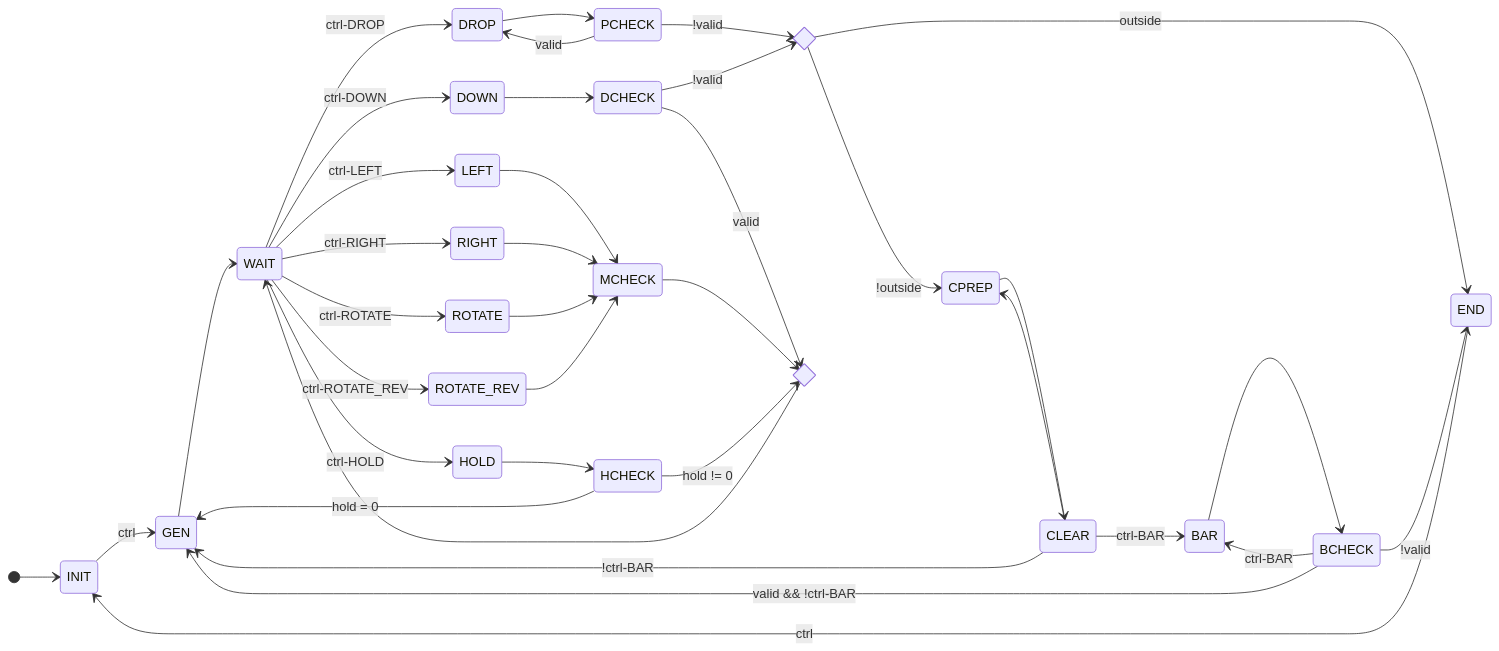
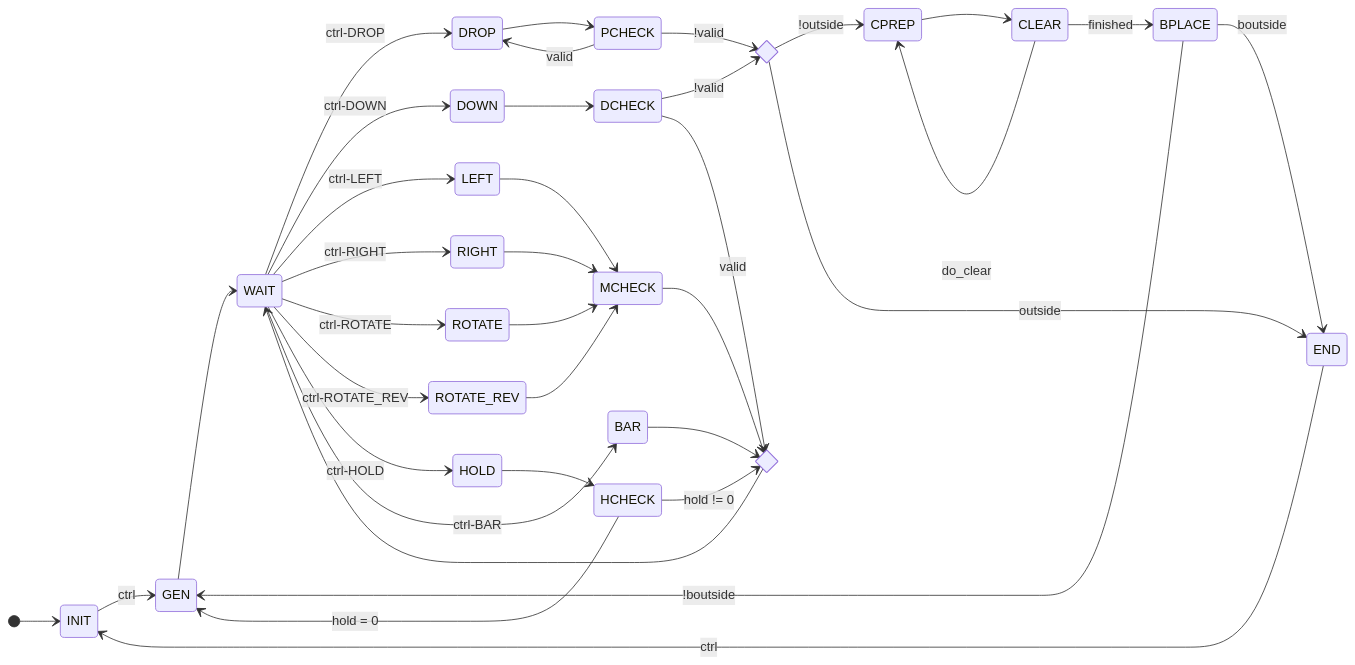
The second of 3 diagrams in README.md (nella17/NYCU-DCLab-2022-Final), drawn with Mermaid before and after one commit.

Commit message:
update state graph

````diff
--- a/README.md
+++ b/README.md
@@ -80,42 +80,41 @@
 ```mermaid
 stateDiagram-v2
 direction LR
 [*] --> INIT
 INIT --> GEN    : ctrl
 GEN --> WAIT
 WAIT --> DROP   : ctrl-DROP
 WAIT --> DOWN   : ctrl-DOWN
 WAIT --> LEFT   : ctrl-LEFT
 WAIT --> RIGHT  : ctrl-RIGHT
 WAIT --> ROTATE : ctrl-ROTATE
 WAIT --> ROTATE_REV : ctrl-ROTATE_REV
 WAIT --> HOLD   : ctrl-HOLD
+WAIT --> BAR    : ctrl-BAR
 DROP --> PCHECK
 DOWN --> DCHECK
 LEFT --> MCHECK
 RIGHT --> MCHECK
 ROTATE --> MCHECK
 ROTATE_REV --> MCHECK
 HOLD --> HCHECK
-BAR --> BCHECK
+state WAIT_ <<choice>>
+BAR --> WAIT_
 PCHECK --> DROP     : valid
 state CLEAR_END <<choice>>
-state WAIT_ <<choice>>
 PCHECK --> CLEAR_END : !valid
 DCHECK --> CLEAR_END : !valid
 DCHECK --> WAIT_     : valid
 MCHECK --> WAIT_
 HCHECK --> WAIT_     : hold != 0
 HCHECK --> GEN       : hold = 0
 WAIT_ --> WAIT
 CLEAR_END --> CPREP  : !outside
 CLEAR_END --> END    : outside
 END --> INIT         : ctrl
 CPREP --> CLEAR
-CLEAR --> CPREP
-CLEAR --> GEN        : !ctrl-BAR
-CLEAR --> BAR        : ctrl-BAR
-BCHECK --> END       : !valid
-BCHECK --> BAR       : ctrl-BAR
-BCHECK --> GEN       : valid && !ctrl-BAR
+CLEAR --> CPREP      : do_clear
+CLEAR --> BPLACE     : finished
+BPLACE --> END       : boutside
+BPLACE --> GEN       : !boutside
 ```
````
